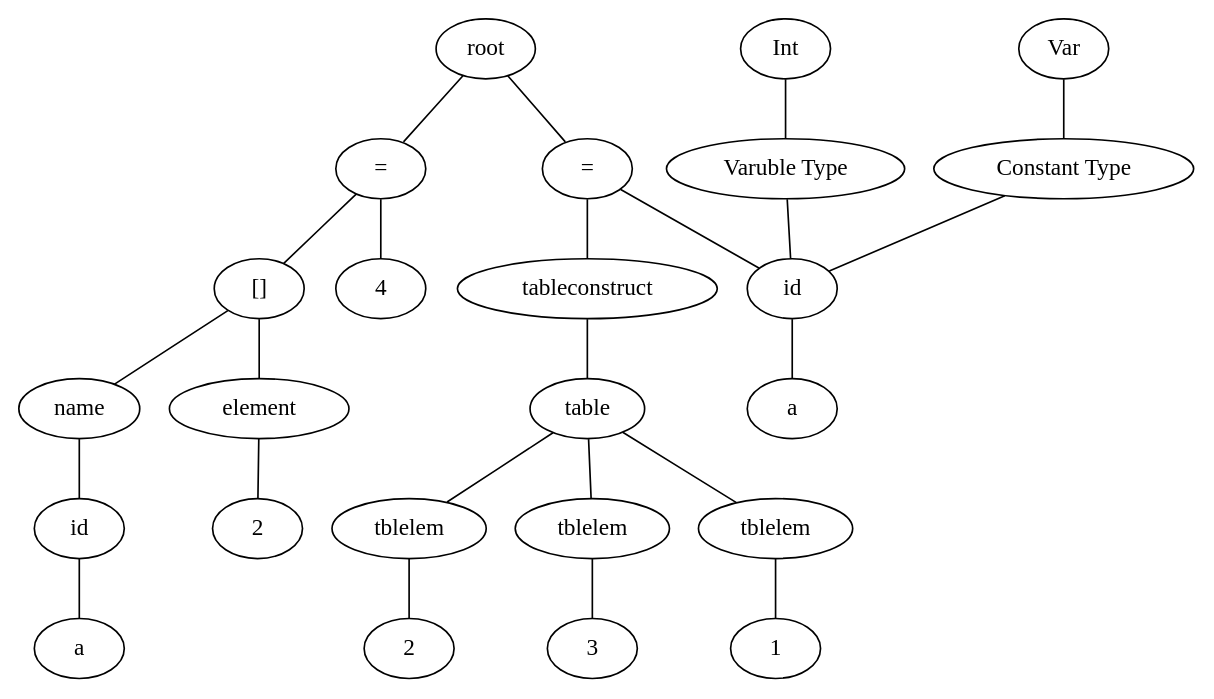
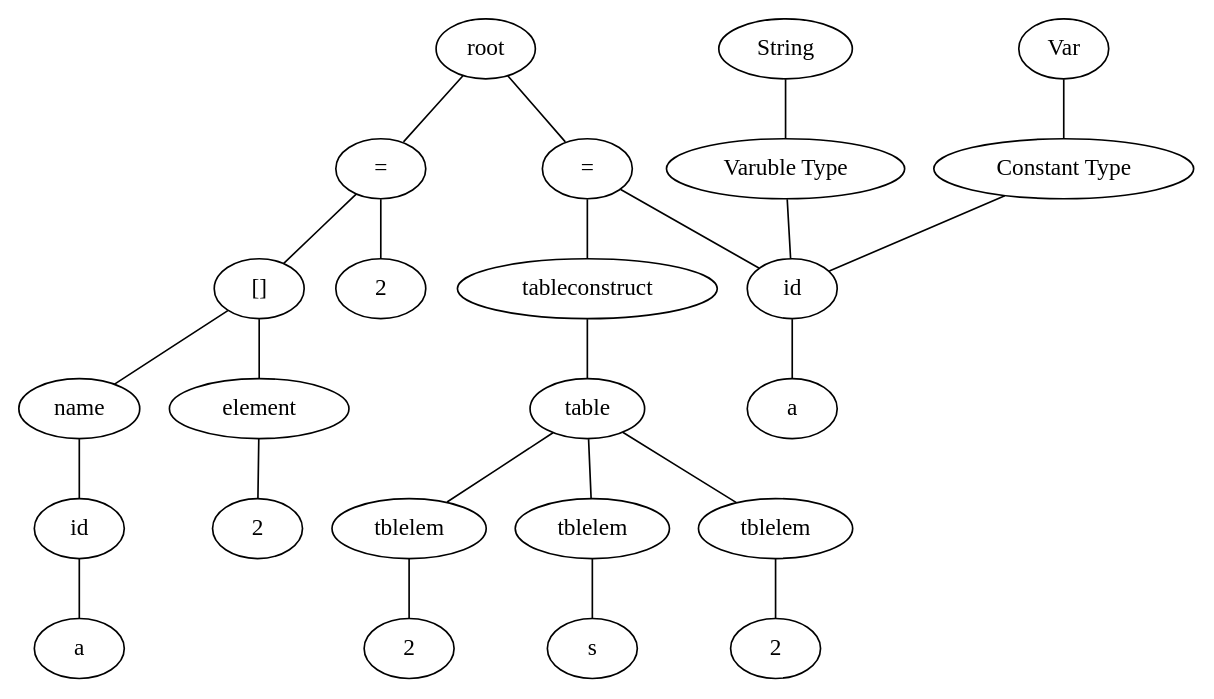
Before and after one commit to TAIIOK/SwiftCompilerToJavaByteCode: the diagram in build/file.dot, drawn with Graphviz. The commit also changed 6 other files, not shown here.

```diff
--- a/build/file.dot
+++ b/build/file.dot
@@ -1,49 +1,49 @@
 graph graphname {
 root;
 assign0[label = "="];
 root--assign0;
 expr0[label = "id"];
 assign0--expr0;
 type0[label = "Varuble Type"];
 type0--expr0;
-type1[label = "Int"];
+type1[label = "String"];
 type1--type0;
 consttype0[label = "Constant Type"];
 consttype0--expr0;
 consttype1[label = "Var"];
 consttype1--consttype0;
 expr1[label = "a"];
 expr0--expr1;
 expr2[label = "tableconstruct"];
 assign0--expr2;
 table0[label = "table"];
 expr2--table0;
 table00[label = "tblelem"];
 table0--table00;
-expr3[label = "1"];
+expr3[label = "2"];
 table00--expr3;
 table01[label = "tblelem"];
 table0--table01;
 expr4[label = "2"];
 table01--expr4;
 table02[label = "tblelem"];
 table0--table02;
-expr5[label = "3"];
+expr5[label = "s"];
 table02--expr5;
 assign1[label = "="];
 root--assign1;
 expr6[label = "[]"];
 assign1--expr6;
 expr6name[label = "name"];
 expr7[label = "id"];
 expr6name--expr7;
 expr8[label = "a"];
 expr7--expr8;
 expr6--expr6name;
 expr6args[label = " element "];
 expr6 -- expr6args;
 expr9[label = "2"];
 expr6args--expr9;
-expr10[label = "4"];
+expr10[label = "2"];
 assign1--expr10;
 }
```
